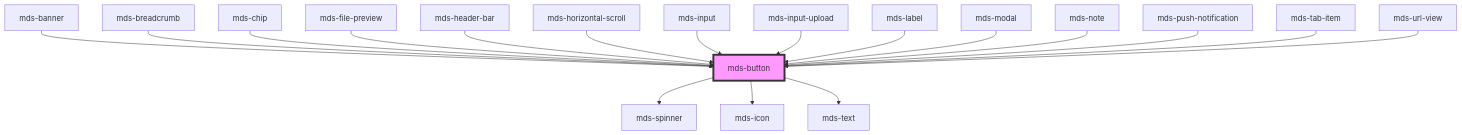
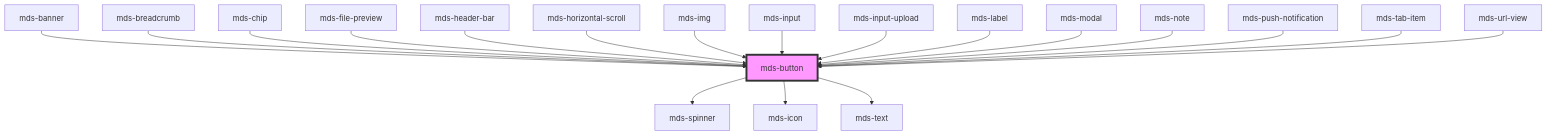
The diagram in projects/stencil/src/components/mds-button/readme.md (magma-design-system/magma), drawn with Mermaid before and after one commit. The commit also changed other lines of this file and 7 other files, not shown here.

````diff
--- a/projects/stencil/src/components/mds-button/readme.md
+++ b/projects/stencil/src/components/mds-button/readme.md
@@ -83,21 +84,22 @@
 ```mermaid
 graph TD;
   mds-button --> mds-spinner
   mds-button --> mds-icon
   mds-button --> mds-text
   mds-banner --> mds-button
   mds-breadcrumb --> mds-button
   mds-chip --> mds-button
   mds-file-preview --> mds-button
   mds-header-bar --> mds-button
   mds-horizontal-scroll --> mds-button
+  mds-img --> mds-button
   mds-input --> mds-button
   mds-input-upload --> mds-button
   mds-label --> mds-button
   mds-modal --> mds-button
   mds-note --> mds-button
   mds-push-notification --> mds-button
   mds-tab-item --> mds-button
   mds-url-view --> mds-button
   style mds-button fill:#f9f,stroke:#333,stroke-width:4px
 ```
````
